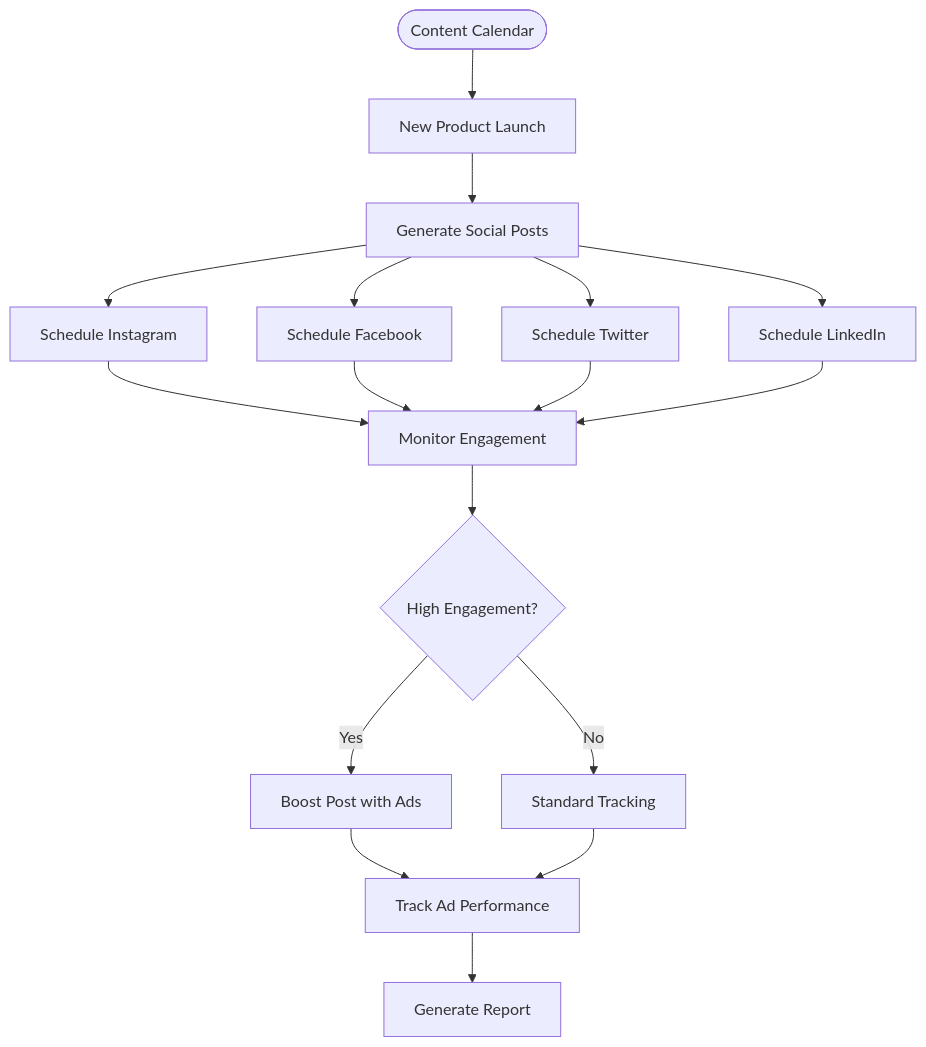
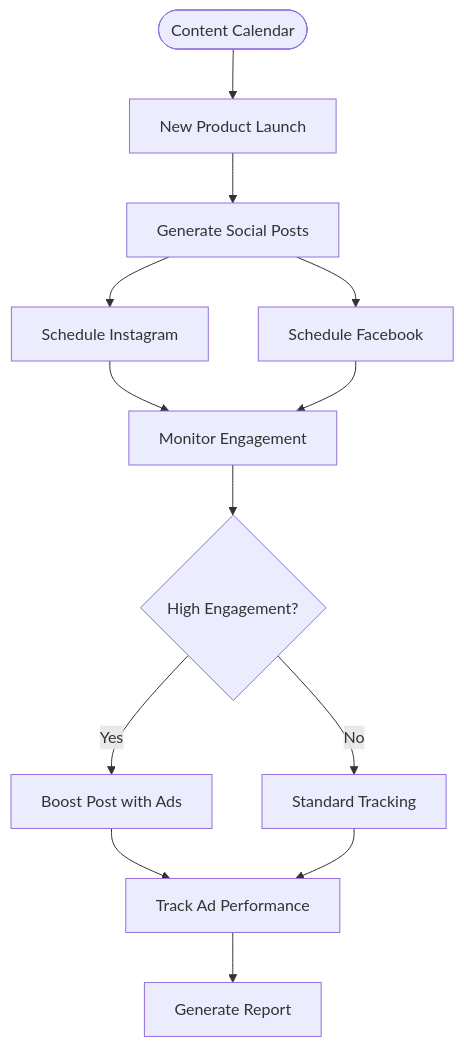
Before and after one commit to miguelfiguera/smart-tech: the fifth of 5 diagrams in Plan-Marketing-N8N.md, drawn with Mermaid. The commit also changed other lines of this file and 3 other files, not shown here.

````diff
--- a/Plan-Marketing-N8N.md
+++ b/Plan-Marketing-N8N.md
@@ -194,24 +194,20 @@
 ```mermaid
 flowchart TD
     CONTENT_CALENDAR([Content Calendar]) --> NEW_PRODUCT[New Product Launch]
     NEW_PRODUCT --> CREATE_POSTS[Generate Social Posts]
     
     CREATE_POSTS --> INSTAGRAM[Schedule Instagram]
     CREATE_POSTS --> FACEBOOK[Schedule Facebook]
-    CREATE_POSTS --> TWITTER[Schedule Twitter]
-    CREATE_POSTS --> LINKEDIN[Schedule LinkedIn]
     
     INSTAGRAM --> MONITOR_ENGAGEMENT[Monitor Engagement]
     FACEBOOK --> MONITOR_ENGAGEMENT
-    TWITTER --> MONITOR_ENGAGEMENT
-    LINKEDIN --> MONITOR_ENGAGEMENT
     
     MONITOR_ENGAGEMENT --> HIGH_ENG{High Engagement?}
     HIGH_ENG -->|Yes| BOOST_POST[Boost Post with Ads]
     HIGH_ENG -->|No| STANDARD_TRACKING[Standard Tracking]
     
     BOOST_POST --> TRACK_PERFORMANCE[Track Ad Performance]
     STANDARD_TRACKING --> TRACK_PERFORMANCE
     
     TRACK_PERFORMANCE --> REPORT[Generate Report]
 ```
````
